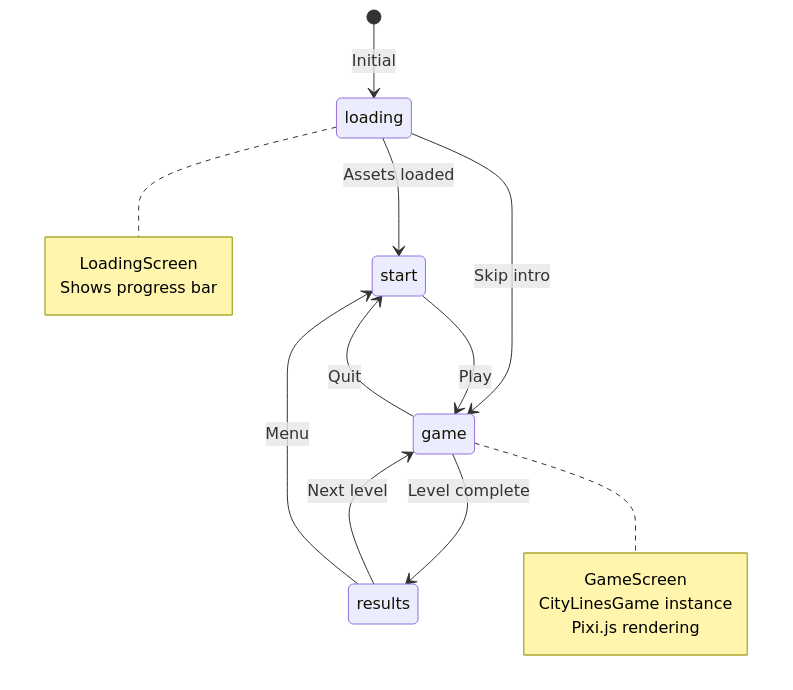
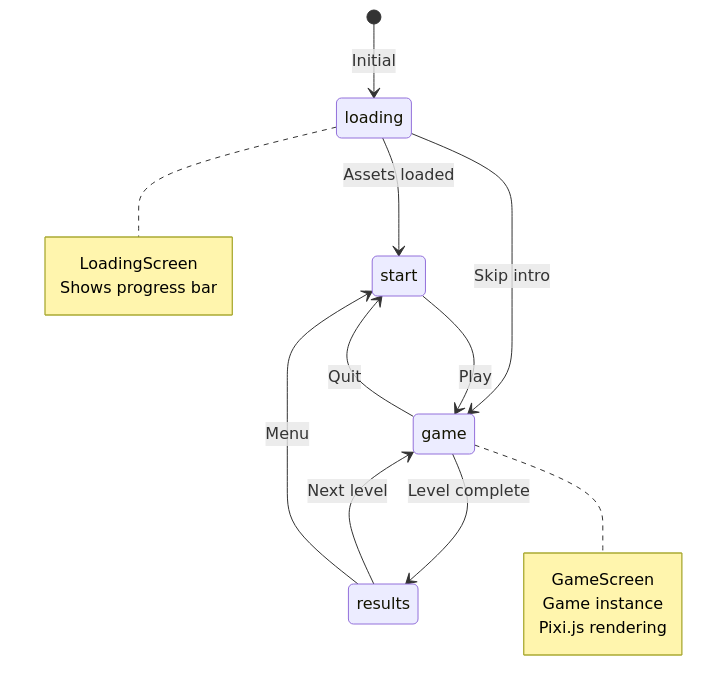
One commit to WilliamWolf2026/template-amino_hidden_test1 changed the second of 9 diagrams in docs/core/architecture.md. Above: the diagram before and after it, drawn with Mermaid. The commit also changed other lines of this file and 6 other files, not shown here.

First line of the commit message:
docs: clean up stale Scaffold/CityLines references in 7 target docs

````diff
--- a/docs/core/architecture.md
+++ b/docs/core/architecture.md
@@ -345,26 +339,26 @@
 ```mermaid
 stateDiagram-v2
     [*] --> loading: Initial
 
     loading --> start: Assets loaded
     loading --> game: Skip intro
 
     start --> game: Play
 
     game --> results: Level complete
     game --> start: Quit
 
     results --> game: Next level
     results --> start: Menu
 
     note right of loading
         LoadingScreen
         Shows progress bar
     end note
 
     note right of game
         GameScreen
-        CityLinesGame instance
+        Game instance
         Pixi.js rendering
     end note
 ```
````
